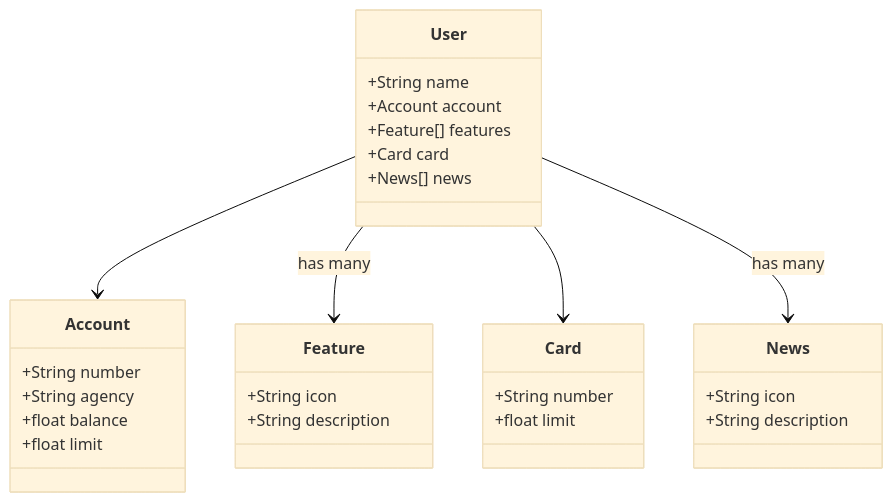
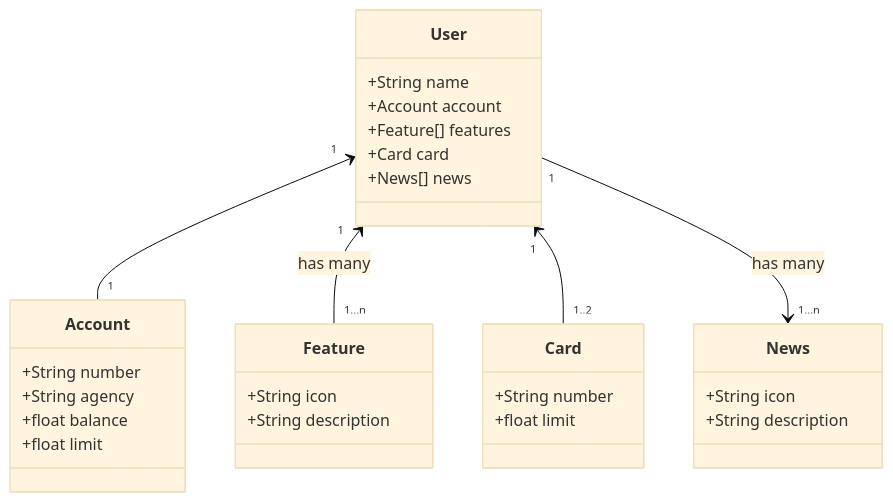
Before and after one commit to OwTz/api-rest-sys: the diagram in README.md, drawn with Mermaid (base theme).

````diff
--- a/README.md
+++ b/README.md
@@ -5,38 +5,38 @@
 ```mermaid
 classDiagram
     class User {
         +String name
         +Account account
         +Feature[] features
         +Card card
         +News[] news
     }
 
     class Account {
         +String number
         +String agency
         +float balance
         +float limit
     }
 
     class Feature {
         +String icon
         +String description
     }
 
     class Card {
         +String number
         +float limit
     }
 
     class News {
         +String icon
         +String description
     }
 
-    User --> Account
-    User --> Feature : has many
-    User --> Card
-    User --> News : has many
+    User "1" <-- "1" Account
+    User "1" <-- "1...n" Feature : has many
+    User "1" <-- "1..2" Card
+    User "1" --> "1...n" News : has many
 
 ```
````
